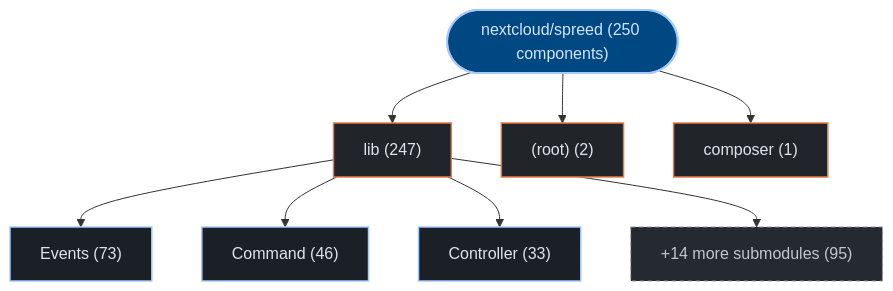
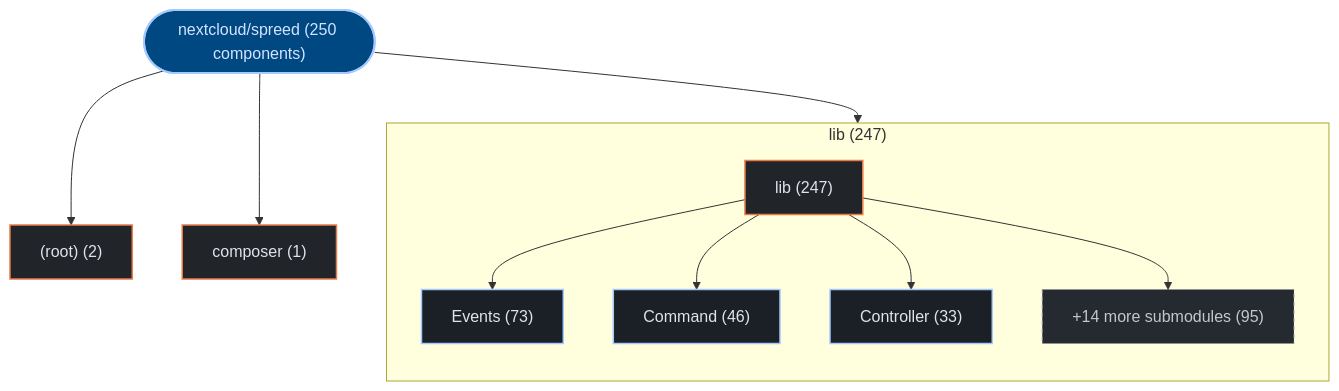
The first of 2 diagrams in exports/latest/reports/nextcloud-spreed-report.md (kumarshaz/atruss-code-atlas), drawn with Mermaid before and after one commit. The commit also changed 178 other files, not shown here.

Commit message:
feat(ui,mermaid): upgrade to mermaid v12 + ELK layout, add orgs-summary + pagination, subgraph building blocks, fix tab alignment

````diff
--- a/exports/latest/reports/nextcloud-spreed-report.md
+++ b/exports/latest/reports/nextcloud-spreed-report.md
@@ -42,25 +42,28 @@
 ```mermaid
 graph TD;
   classDef atlasRoot fill:#004882,stroke:#a3c9ff,stroke-width:2px,color:#d3e4ff
   classDef atlasCategory fill:#212428,stroke:#E87A48,stroke-width:1.5px,color:#dfe3eb
   classDef atlasWorkflow fill:#1b2026,stroke:#a3c9ff,stroke-width:1.5px,color:#dfe3eb
   classDef atlasJob fill:#171c22,stroke:#8d9199,stroke-width:1px,color:#dfe3eb
   classDef atlasTarget fill:#005227,stroke:#8bd99b,stroke-width:1.5px,color:#a7f6b6
   classDef atlasAlert fill:#93000a,stroke:#ffb4ab,stroke-width:1.5px,color:#ffdad6
   classDef atlasMore fill:#252a31,stroke:#8d9199,stroke-dasharray:4 4,color:#c3c6cf
     repo_root(["nextcloud/spreed (250 components)"]):::atlasRoot
-    dir_0_lib["lib (247)"]:::atlasCategory
+    subgraph sg_dir_0_lib["lib (247)"]
+      direction TB
+      dir_0_lib["lib (247)"]:::atlasCategory
+      sub_0_0_Events["Events (73)"]:::atlasWorkflow
+      dir_0_lib --> sub_0_0_Events
+      sub_0_1_Command["Command (46)"]:::atlasWorkflow
+      dir_0_lib --> sub_0_1_Command
+      sub_0_2_Controller["Controller (33)"]:::atlasWorkflow
+      dir_0_lib --> sub_0_2_Controller
+      sub_0_more["+14 more submodules (95)"]:::atlasMore
+      dir_0_lib --> sub_0_more
+    end
     repo_root --> dir_0_lib
-    sub_0_0_Events["Events (73)"]:::atlasWorkflow
-    dir_0_lib --> sub_0_0_Events
-    sub_0_1_Command["Command (46)"]:::atlasWorkflow
-    dir_0_lib --> sub_0_1_Command
-    sub_0_2_Controller["Controller (33)"]:::atlasWorkflow
-    dir_0_lib --> sub_0_2_Controller
-    sub_0_more["+14 more submodules (95)"]:::atlasMore
-    dir_0_lib --> sub_0_more
     dir_1__root_["(root) (2)"]:::atlasCategory
     repo_root --> dir_1__root_
     dir_2_composer["composer (1)"]:::atlasCategory
     repo_root --> dir_2_composer
 ```
````
